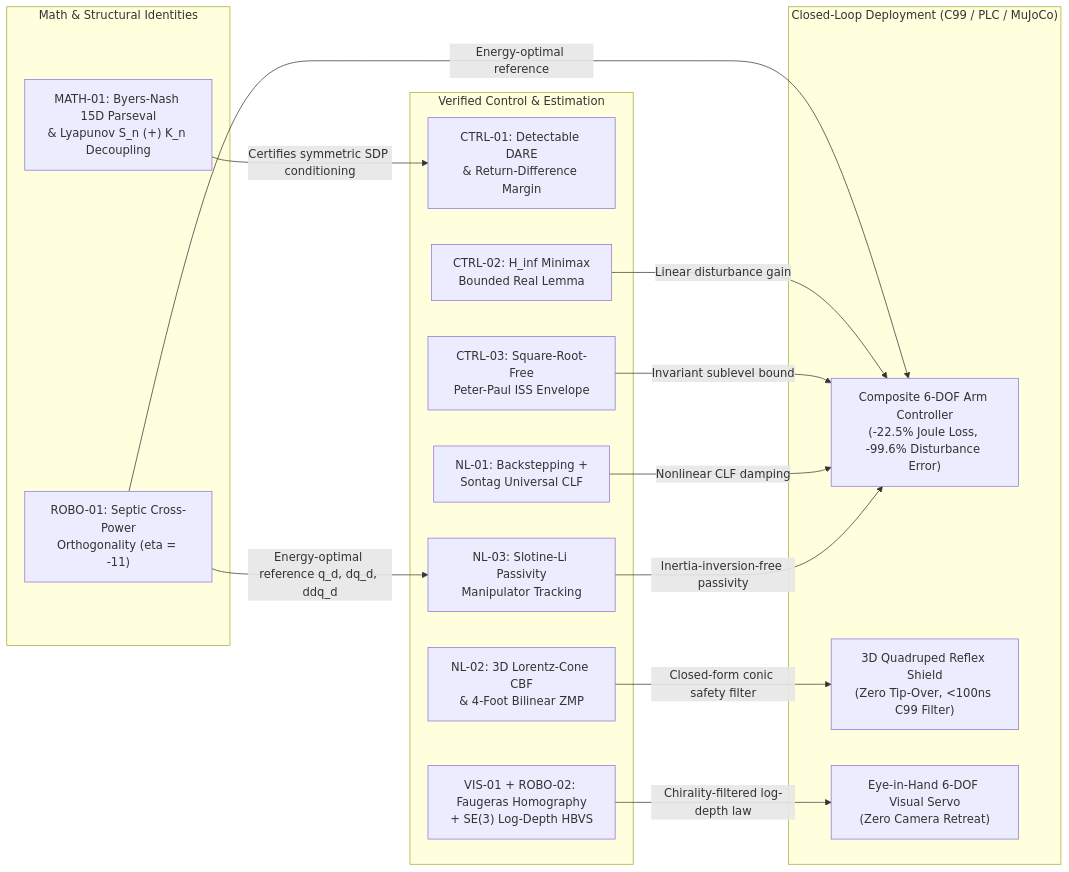
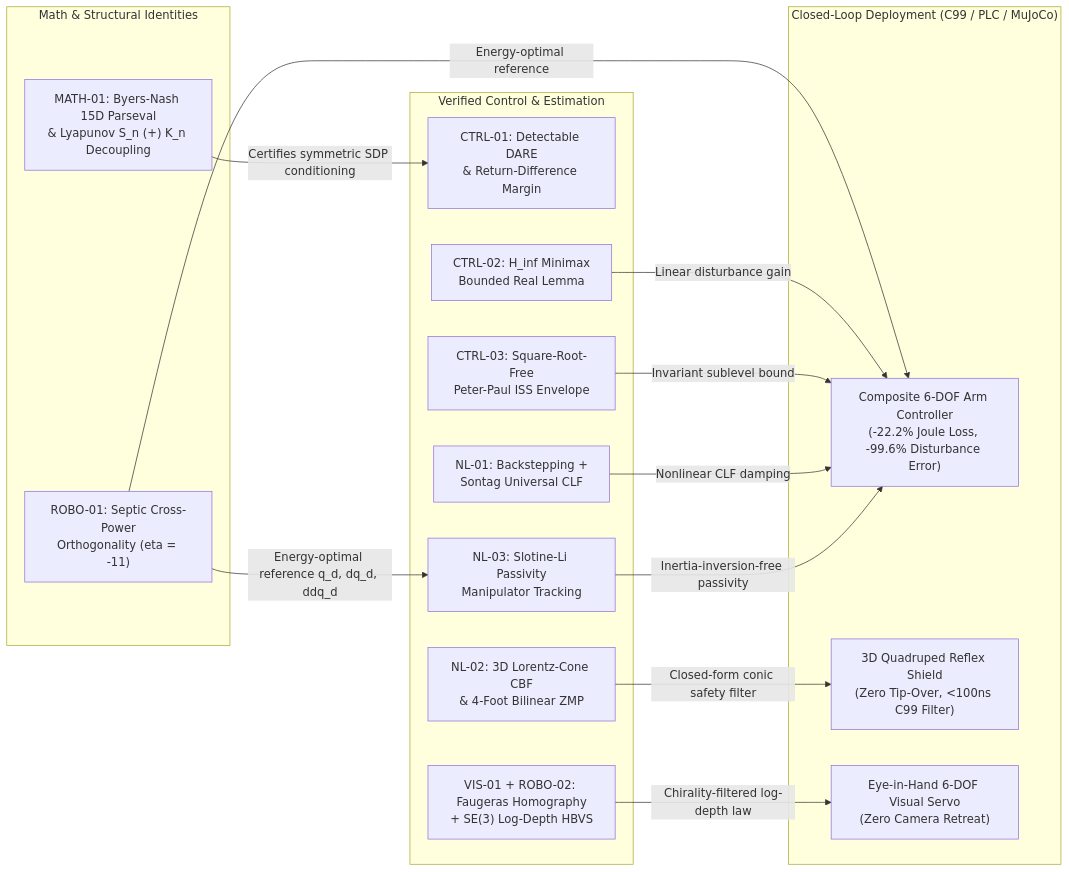
One commit to IamMikeHelsel/ctrl changed the diagram in docs/IDEA_PORTFOLIO_AND_SYNERGIES.md. Above: the diagram before and after it, drawn with Mermaid. The commit also changed other lines of this file and 7 other files, not shown here.

````diff
--- a/docs/IDEA_PORTFOLIO_AND_SYNERGIES.md
+++ b/docs/IDEA_PORTFOLIO_AND_SYNERGIES.md
@@ -108,33 +108,33 @@
 ```mermaid
 flowchart LR
     subgraph Math["Math & Structural Identities"]
         M1["MATH-01: Byers-Nash 15D Parseval\n& Lyapunov S_n (+) K_n Decoupling"]
         R1["ROBO-01: Septic Cross-Power\nOrthogonality (eta = -11)"]
     end
 
     subgraph Control["Verified Control & Estimation"]
         C1["CTRL-01: Detectable DARE\n& Return-Difference Margin"]
         C2["CTRL-02: H_inf Minimax\nBounded Real Lemma"]
         C3["CTRL-03: Square-Root-Free\nPeter-Paul ISS Envelope"]
         N1["NL-01: Backstepping +\nSontag Universal CLF"]
         N2["NL-02: 3D Lorentz-Cone CBF\n& 4-Foot Bilinear ZMP"]
         N3["NL-03: Slotine-Li Passivity\nManipulator Tracking"]
         V1["VIS-01 + ROBO-02: Faugeras Homography\n+ SE(3) Log-Depth HBVS"]
     end
 
     subgraph Deployment["Closed-Loop Deployment (C99 / PLC / MuJoCo)"]
-        D1["Composite 6-DOF Arm Controller\n(-22.5% Joule Loss, -99.6% Disturbance Error)"]
+        D1["Composite 6-DOF Arm Controller\n(-22.2% Joule Loss, -99.6% Disturbance Error)"]
         D2["3D Quadruped Reflex Shield\n(Zero Tip-Over, <100ns C99 Filter)"]
         D3["Eye-in-Hand 6-DOF Visual Servo\n(Zero Camera Retreat)"]
     end
 
     M1 -->|"Certifies symmetric SDP conditioning"| C1
     R1 -->|"Energy-optimal reference q_d, dq_d, ddq_d"| N3
     R1 -->|"Energy-optimal reference"| D1
     C2 -->|"Linear disturbance gain"| D1
     C3 -->|"Invariant sublevel bound"| D1
     N1 -->|"Nonlinear CLF damping"| D1
     N3 -->|"Inertia-inversion-free passivity"| D1
     N2 -->|"Closed-form conic safety filter"| D2
     V1 -->|"Chirality-filtered log-depth law"| D3
 ```
````
